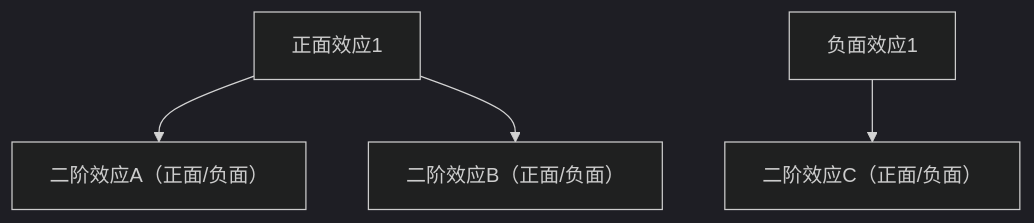
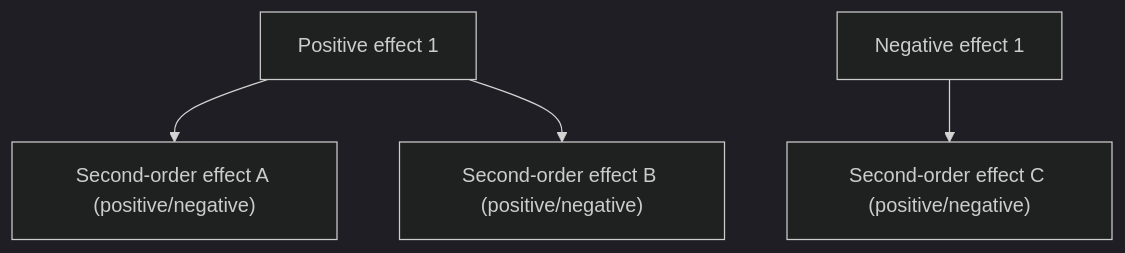
One commit to Kirky-X/kueiku changed the first of 2 diagrams in references/structured-thinking/second-order-thinking.md. Above: the diagram before and after it, drawn with Mermaid (dark theme). The commit also changed other lines of this file and 126 other files, not shown here.

````diff
--- a/references/structured-thinking/second-order-thinking.md
+++ b/references/structured-thinking/second-order-thinking.md
@@ -55,6 +55,6 @@
 ```mermaid
 flowchart TD
-    P1["正面效应1"] --> A["二阶效应A（正面/负面）"]
-    P1 --> B["二阶效应B（正面/负面）"]
-    N1["负面效应1"] --> C["二阶效应C（正面/负面）"]
+    P1["Positive effect 1"] --> A["Second-order effect A (positive/negative)"]
+    P1 --> B["Second-order effect B (positive/negative)"]
+    N1["Negative effect 1"] --> C["Second-order effect C (positive/negative)"]
 ```
````
